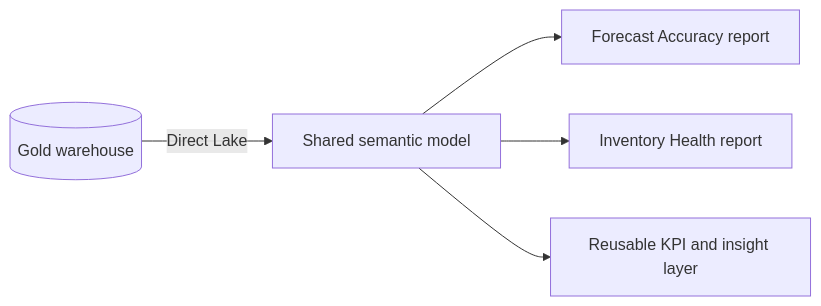
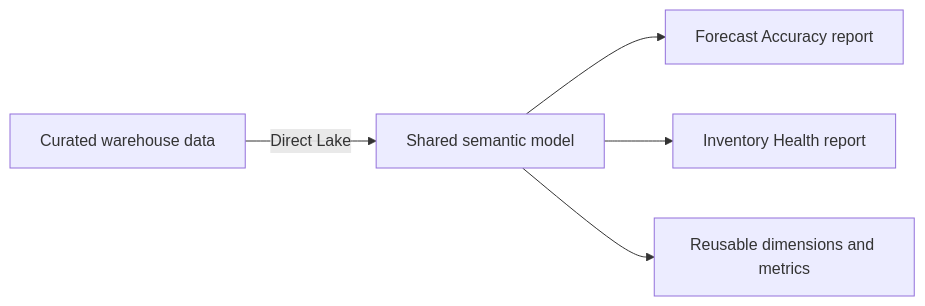
Before and after one commit to vothai17072002/supply-chain-control-tower-semantic-model: the first of 2 diagrams in README.md, drawn with Mermaid. The commit also changed other lines of this file, not shown here.

````diff
--- a/README.md
+++ b/README.md
@@ -27,7 +17,7 @@
 ```mermaid
 flowchart LR
-    G[(Gold warehouse)] -->|Direct Lake| S[Shared semantic model]
+    G[Curated warehouse data] -->|Direct Lake| S[Shared semantic model]
     S --> F[Forecast Accuracy report]
     S --> I[Inventory Health report]
-    S --> C[Reusable KPI and insight layer]
+    S --> K[Reusable dimensions and metrics]
 ```
````
